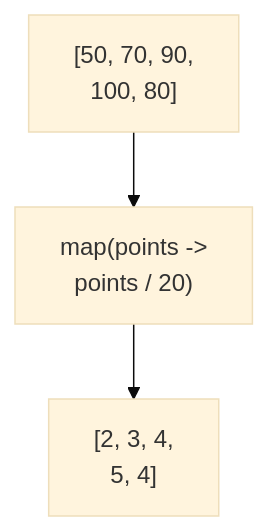
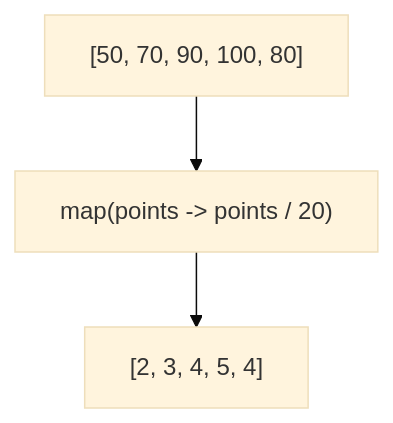
Before and after one commit to hh-programming-2/lessons: the second of 2 diagrams in materials/streams.md, drawn with Mermaid (base theme). The commit also changed other lines of this file, not shown here.

Commit message:
Fix formatting in streams.md for flowcharts

````diff
--- a/materials/streams.md
+++ b/materials/streams.md
@@ -119,5 +119,10 @@
 ```mermaid
+---
+config:
+    flowchart:
+        wrappingWidth: 1000
+---
 flowchart TB
-    A["[50, 70, 90,<br/>100, 80]"] --> B["map(points -><br/>points / 20)"]
-    B --> C["[2, 3, 4,<br/>5, 4]"]
+    A["[50, 70, 90, 100, 80]"] --> B["map(points -> points / 20)"]
+    B --> C["[2, 3, 4, 5, 4]"]
 ```
````
